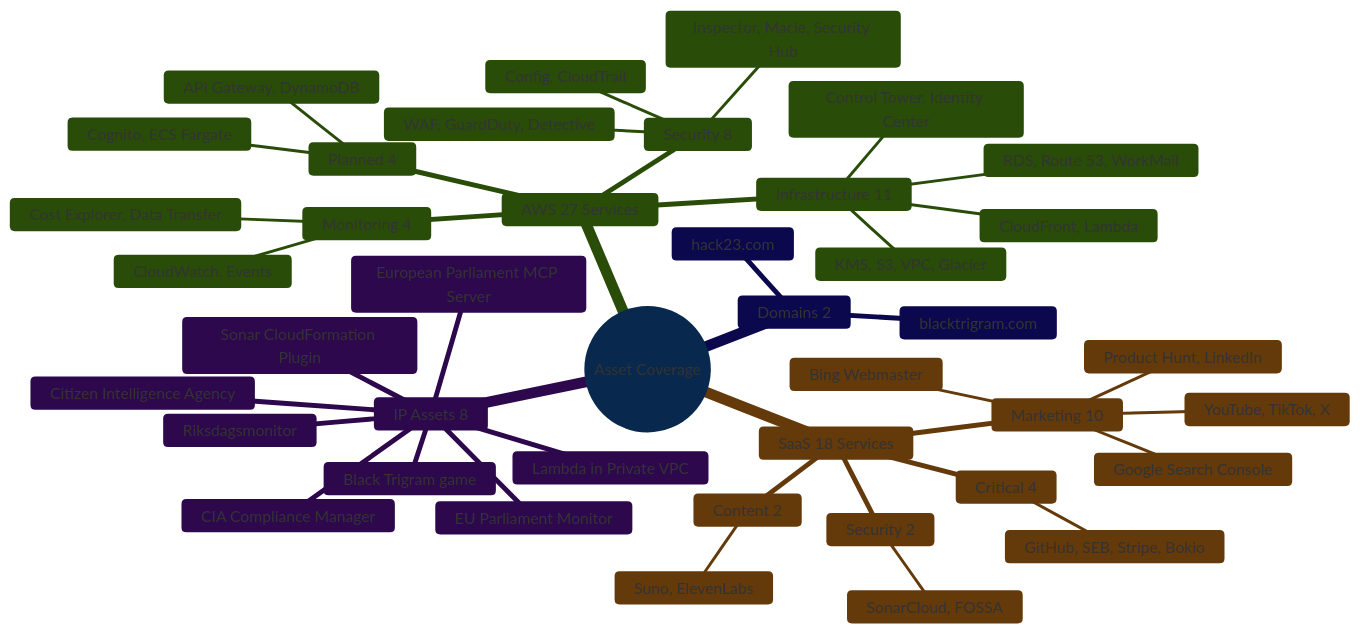
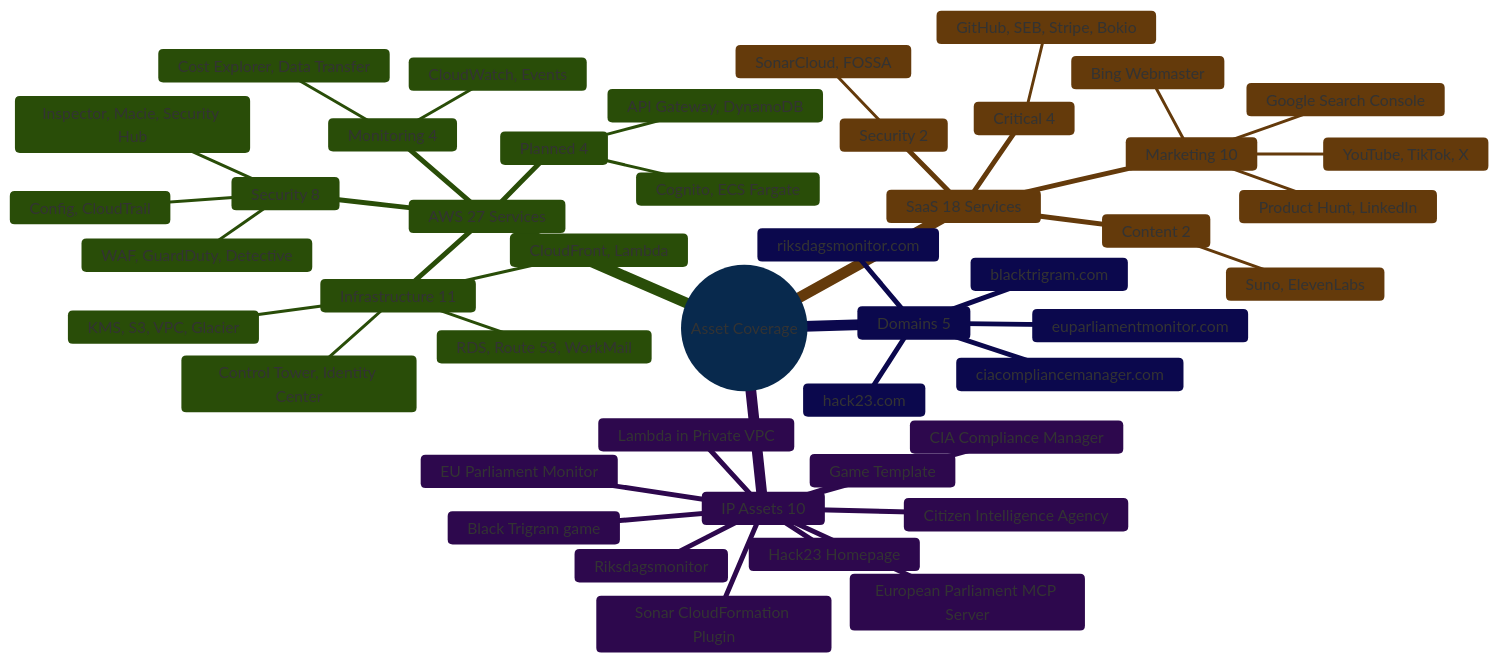
Before and after one commit to Hack23/ISMS-PUBLIC: the sixth of 8 diagrams in Asset_Register.md, drawn with Mermaid. The commit also changed other lines of this file and 9 other files, not shown here.

````diff
--- a/Asset_Register.md
+++ b/Asset_Register.md
@@ -573,47 +575,52 @@
 ```mermaid
 %%{
   init: { 'theme': 'base', 'themeVariables': { 'primaryColor': '#1565C0', 'lineColor': '#1565C0' } }
 }%%
 mindmap
   root((Asset Coverage))
     AWS 27 Services
       Security 8
         WAF, GuardDuty, Detective
         Inspector, Macie, Security Hub
         Config, CloudTrail
       Infrastructure 11
         RDS, Route 53, WorkMail
         KMS, S3, VPC, Glacier
         CloudFront, Lambda
         Control Tower, Identity Center
       Monitoring 4
         CloudWatch, Events
         Cost Explorer, Data Transfer
       Planned 4
         API Gateway, DynamoDB
         Cognito, ECS Fargate
     SaaS 18 Services
       Critical 4
         GitHub, SEB, Stripe, Bokio
       Marketing 10
         YouTube, TikTok, X
         Product Hunt, LinkedIn
         Google Search Console
         Bing Webmaster
       Content 2
         Suno, ElevenLabs
       Security 2
         SonarCloud, FOSSA
-    Domains 2
+    Domains 5
       hack23.com
       blacktrigram.com
-    IP Assets 8
+      ciacompliancemanager.com
+      riksdagsmonitor.com
+      euparliamentmonitor.com
+    IP Assets 10
       Black Trigram game
       CIA Compliance Manager
       Citizen Intelligence Agency
       European Parliament MCP Server
       EU Parliament Monitor
+      Game Template
+      Hack23 Homepage
       Lambda in Private VPC
       Riksdagsmonitor
       Sonar CloudFormation Plugin
 ```
````
